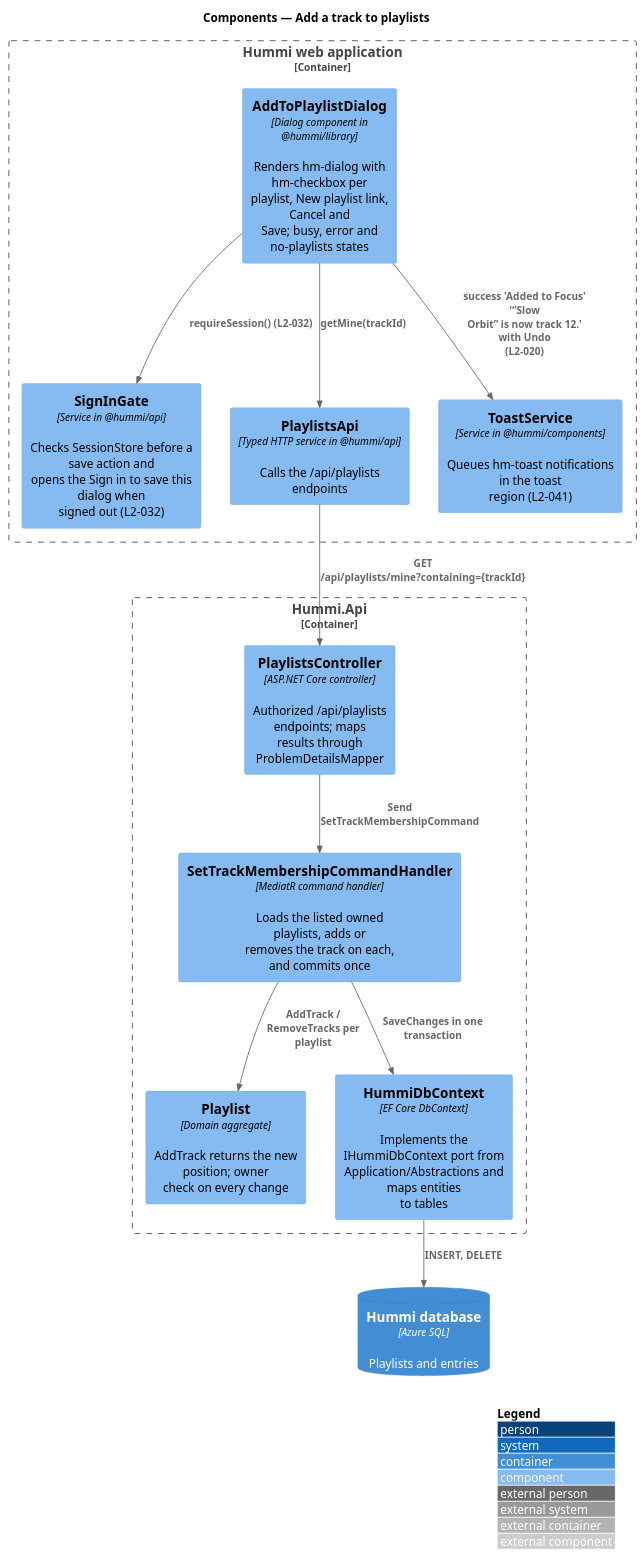
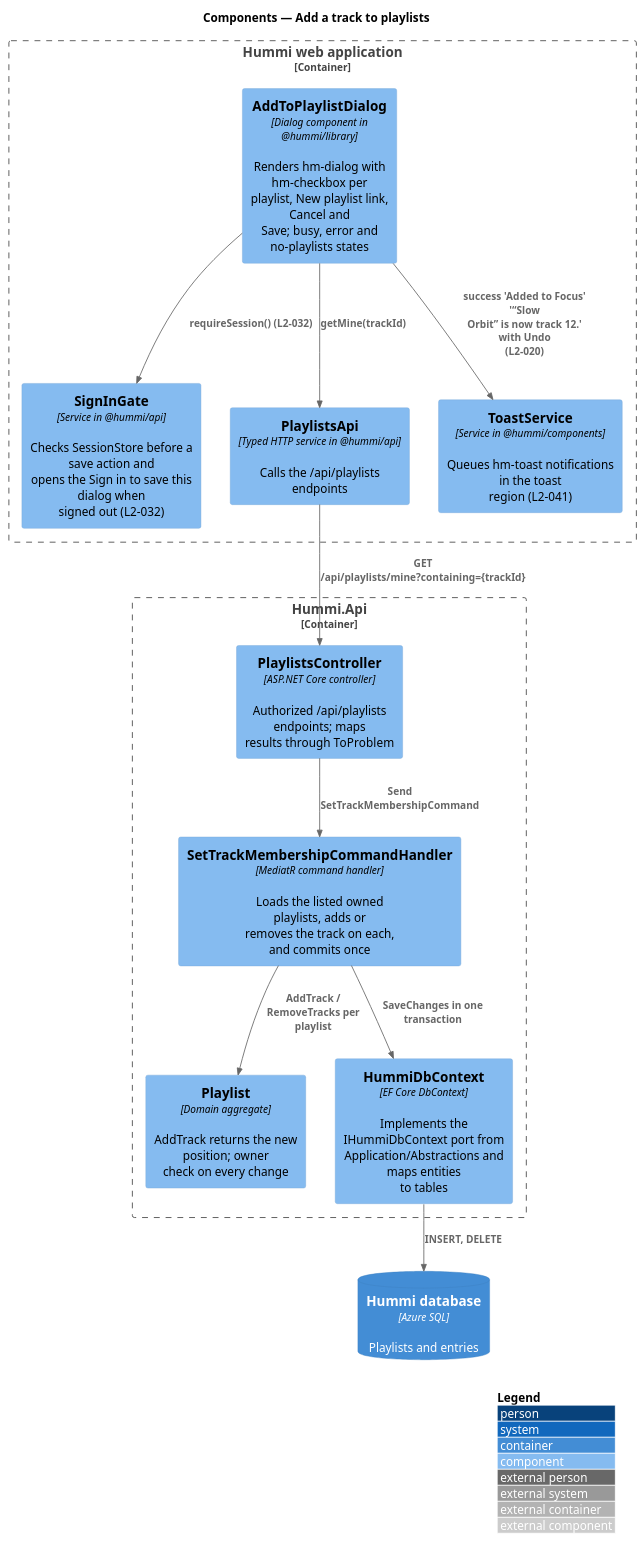
The diagram in docs/detailed-designs/library/add-to-playlist/diagrams/c4-component.puml (QuinntyneBrown/hummi), drawn with PlantUML before and after one commit. The commit also changed 93 other files, not shown here.

```diff
--- a/docs/detailed-designs/library/add-to-playlist/diagrams/c4-component.puml
+++ b/docs/detailed-designs/library/add-to-playlist/diagrams/c4-component.puml
@@ -1,27 +1,27 @@
 @startuml
 !include <C4/C4_Component>
 LAYOUT_WITH_LEGEND()
 title Components — Add a track to playlists
 
 Container_Boundary(spa, "Hummi web application") {
   Component(dlg, "AddToPlaylistDialog", "Dialog component in @hummi/library", "Renders hm-dialog with hm-checkbox per\nplaylist, New playlist link, Cancel and\nSave; busy, error and no-playlists states")
   Component(gate, "SignInGate", "Service in @hummi/api", "Checks SessionStore before a save action and\nopens the Sign in to save this dialog when\nsigned out (L2-032)")
   Component(client, "PlaylistsApi", "Typed HTTP service in @hummi/api", "Calls the /api/playlists endpoints")
   Component(toast, "ToastService", "Service in @hummi/components", "Queues hm-toast notifications in the toast\nregion (L2-041)")
 }
 Container_Boundary(api, "Hummi.Api") {
-  Component(ctl, "PlaylistsController", "ASP.NET Core controller", "Authorized /api/playlists endpoints; maps\nresults through ProblemDetailsMapper")
+  Component(ctl, "PlaylistsController", "ASP.NET Core controller", "Authorized /api/playlists endpoints; maps\nresults through ToProblem")
   Component(cmd, "SetTrackMembershipCommandHandler", "MediatR command handler", "Loads the listed owned playlists, adds or\nremoves the track on each, and commits once")
   Component(pl, "Playlist", "Domain aggregate", "AddTrack returns the new position; owner\ncheck on every change")
   Component(ctx, "HummiDbContext", "EF Core DbContext", "Implements the IHummiDbContext port from\nApplication/Abstractions and maps entities\nto tables")
 }
 ContainerDb(db, "Hummi database", "Azure SQL", "Playlists and entries")
 Rel(dlg, gate, "requireSession() (L2-032)")
 Rel(dlg, client, "getMine(trackId)")
 Rel(client, ctl, "GET\n/api/playlists/mine?containing={trackId}")
 Rel(ctl, cmd, "Send SetTrackMembershipCommand")
 Rel(cmd, pl, "AddTrack / RemoveTracks per playlist")
 Rel(cmd, ctx, "SaveChanges in one transaction")
 Rel(ctx, db, "INSERT, DELETE")
 Rel(dlg, toast, "success 'Added to Focus' '“Slow\nOrbit” is now track 12.' with Undo\n(L2-020)")
 @enduml
```
